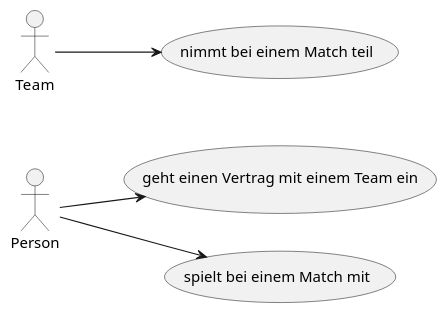
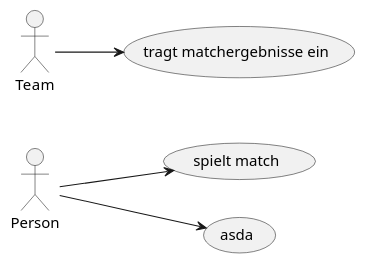
Before and after one commit to sknogler/itp-nost: the first of 2 diagrams in knogler/asciidocs/project.adoc, drawn with PlantUML. The commit also changed other lines of this file and 2 other files, not shown here.

```diff
--- a/knogler/asciidocs/project.adoc
+++ b/knogler/asciidocs/project.adoc
@@ -15,16 +16,16 @@
 [plantuml, target=./images/anwend-diag, format=png]
 ....
 @startuml
 left to right direction
 
-usecase "geht einen Vertrag mit einem Team ein" as UC1
+usecase "spielt match" as UC1
 
-usecase "nimmt bei einem Match teil" as UC2
+usecase "tragt matchergebnisse ein" as UC2
 
-usecase "spielt bei einem Match mit" as UC3
+usecase "asda" as UC3
 
 Person --> UC1
 Team --> UC2
 Person --> UC3
 @enduml
 ....
```
